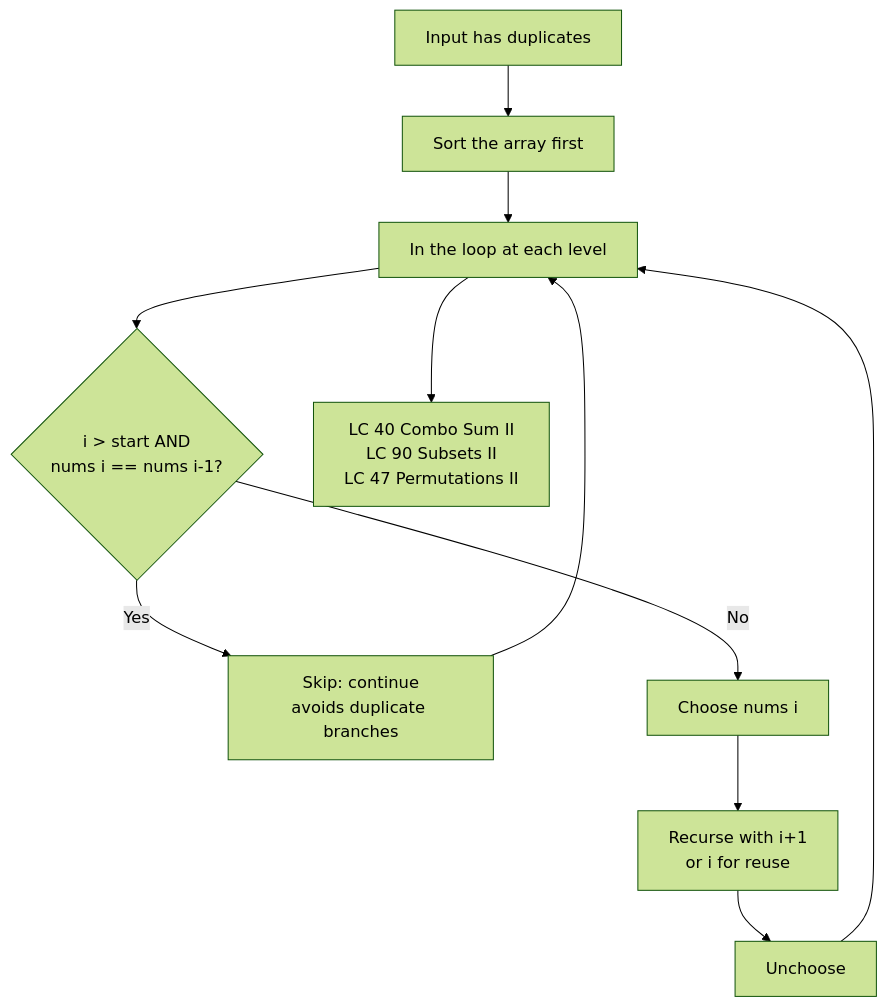
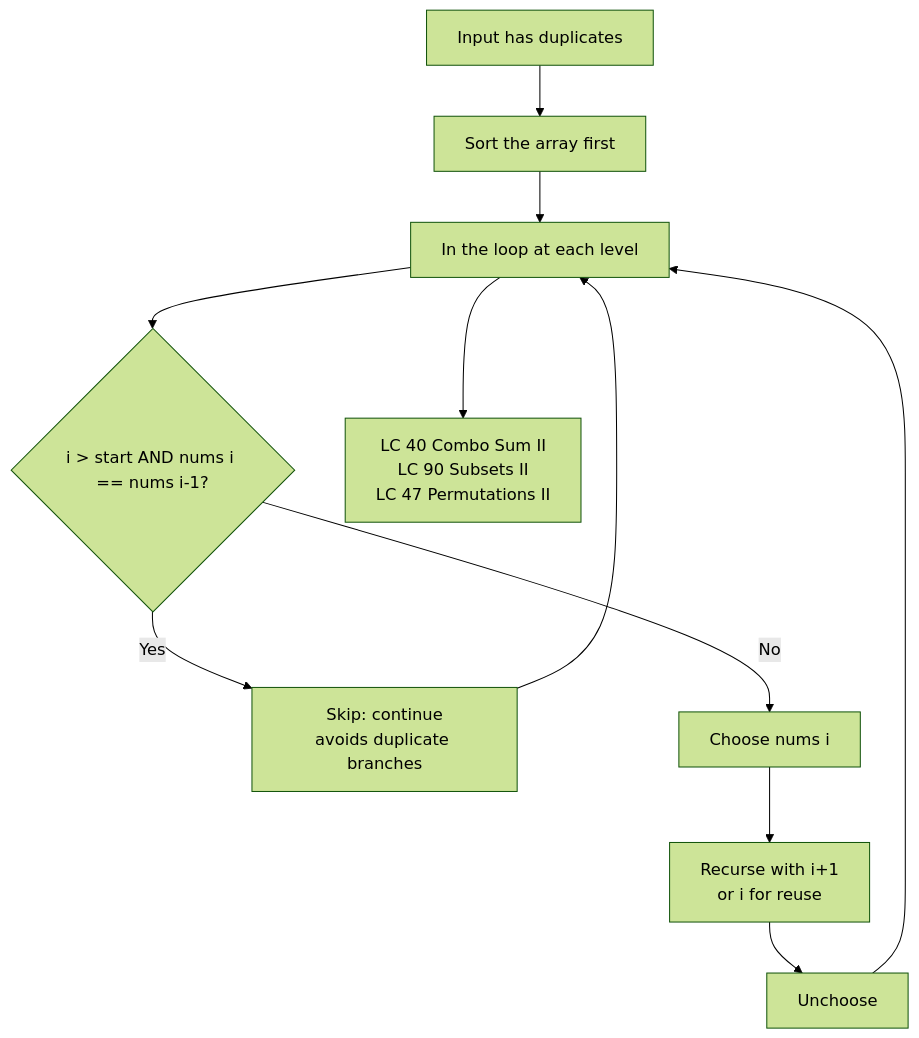
Before and after one commit to deepanshu-rawat6/AlgoAtlas: the fourth of 7 diagrams in backtracking/README.md, drawn with Mermaid (forest theme). The commit also changed other lines of this file and 43 other files, not shown here.

````diff
--- a/backtracking/README.md
+++ b/backtracking/README.md
@@ -98,13 +98,13 @@
 ```mermaid
 flowchart TD
     A[Input has duplicates] --> B[Sort the array first]
     B --> C[In the loop at each level]
-    C --> D{i > start AND<br>nums i == nums i-1?}
+    C --> D{"i > start AND nums i == nums i-1?"}
     D -- Yes --> E[Skip: continue<br>avoids duplicate branches]
     D -- No --> F[Choose nums i]
     F --> G[Recurse with i+1<br>or i for reuse]
     G --> H[Unchoose]
     H --> C
     E --> C
     C --> I[LC 40 Combo Sum II<br>LC 90 Subsets II<br>LC 47 Permutations II]
 ```
````
